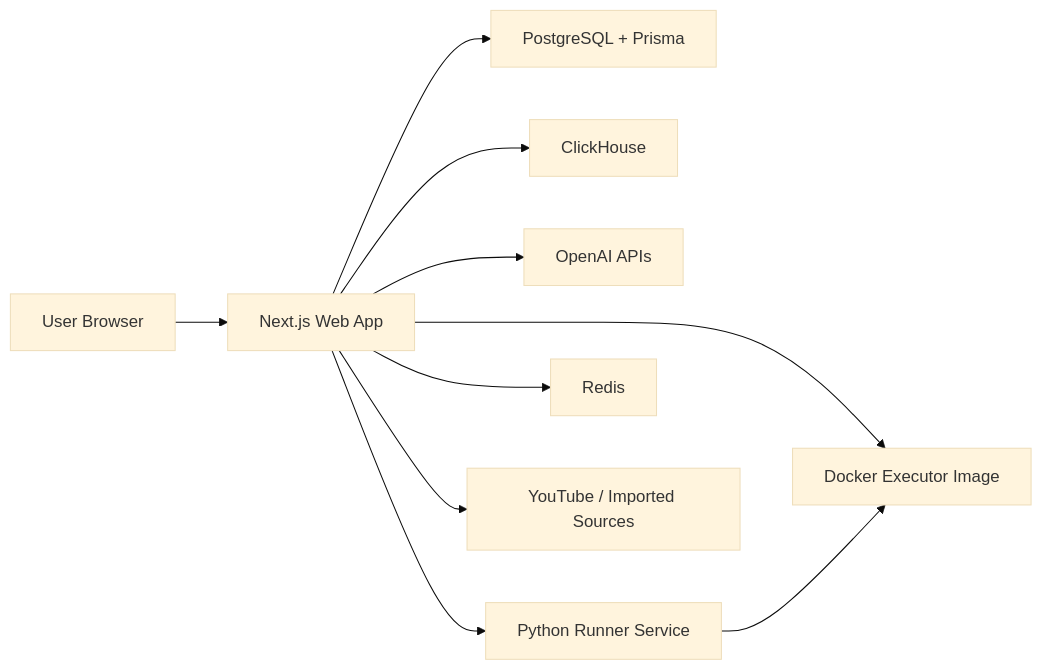
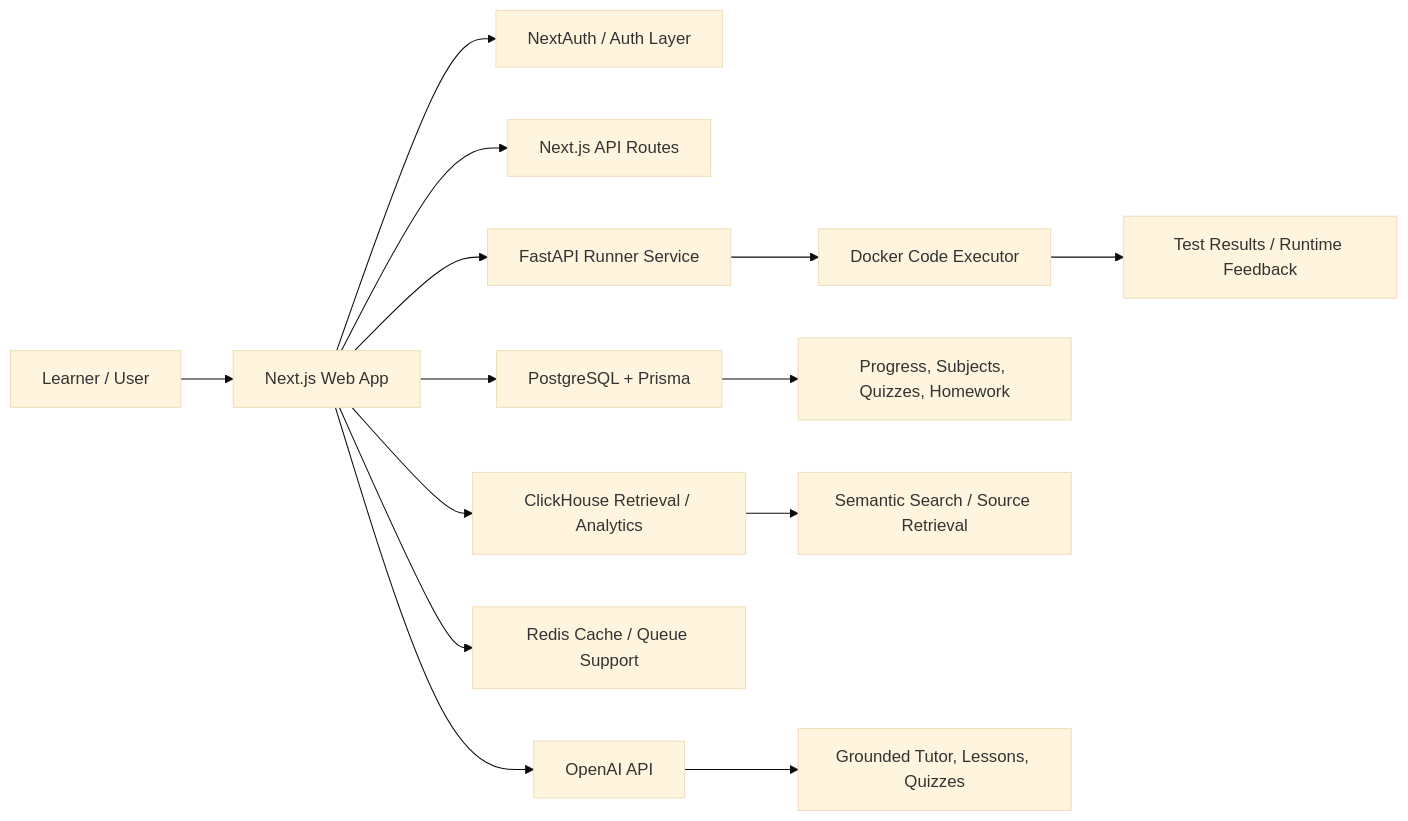
One commit to mustafa-asghari/Grindup_ changed the diagram in README.md. Above: the diagram before and after it, drawn with Mermaid (base theme). The commit also changed other lines of this file and 127 other files, not shown here.

````diff
--- a/README.md
+++ b/README.md
@@ -121,12 +48,19 @@
 ```mermaid
 flowchart LR
-    U["User Browser"] --> W["Next.js Web App"]
-    W --> P["PostgreSQL + Prisma"]
-    W --> C["ClickHouse"]
-    W --> O["OpenAI APIs"]
-    W --> R["Python Runner Service"]
-    W --> E["Docker Executor Image"]
-    W --> D["Redis"]
-    W --> Y["YouTube / Imported Sources"]
-    R --> E
+    User["Learner / User"] --> Web["Next.js Web App"]
+
+    Web --> Auth["NextAuth / Auth Layer"]
+    Web --> API["Next.js API Routes"]
+    Web --> DB["PostgreSQL + Prisma"]
+    Web --> AI["OpenAI API"]
+    Web --> CH["ClickHouse Retrieval / Analytics"]
+    Web --> Redis["Redis Cache / Queue Support"]
+    Web --> Runner["FastAPI Runner Service"]
+
+    Runner --> Executor["Docker Code Executor"]
+    Executor --> Results["Test Results / Runtime Feedback"]
+
+    DB --> Progress["Progress, Subjects, Quizzes, Homework"]
+    CH --> Search["Semantic Search / Source Retrieval"]
+    AI --> Tutor["Grounded Tutor, Lessons, Quizzes"]
 ```
````
